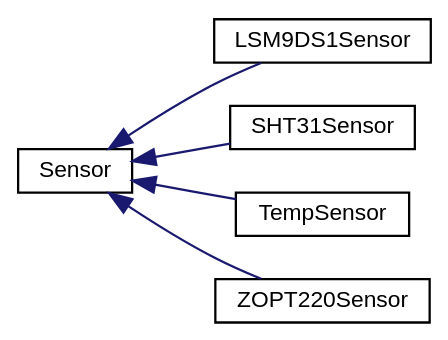
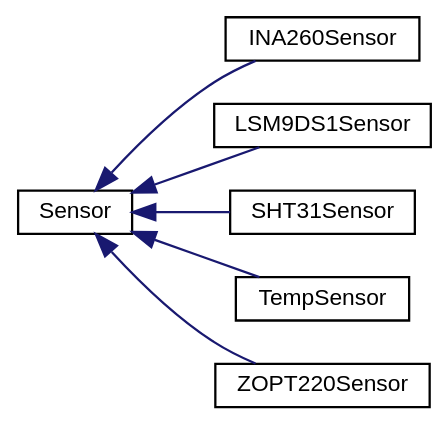
Before and after one commit to ASU-ASCEND/Fall-2024: the diagram in docs/inherit_graph_0.dot, drawn with Graphviz. The commit also changed 72 other files, not shown here.

```diff
--- a/docs/inherit_graph_0.dot
+++ b/docs/inherit_graph_0.dot
@@ -1,18 +1,20 @@
 digraph "Graphical Class Hierarchy"
 {
  // INTERACTIVE_SVG=YES
  // LATEX_PDF_SIZE
   bgcolor="transparent";
   edge [fontname="Helvetica",fontsize="10",labelfontname="Helvetica",labelfontsize="10"];
   node [fontname="Helvetica",fontsize="10",shape=record];
   rankdir="LR";
   Node0 [label="Sensor",height=0.2,width=0.4,color="black",URL="$classSensor.html",tooltip="Parent class for sensor objects."];
   Node0 -> Node1 [dir="back",color="midnightblue",fontsize="10",style="solid",fontname="Helvetica"];
-  Node1 [label="LSM9DS1Sensor",height=0.2,width=0.4,color="black",URL="$classLSM9DS1Sensor.html",tooltip=" "];
+  Node1 [label="INA260Sensor",height=0.2,width=0.4,color="black",URL="$classINA260Sensor.html",tooltip="A class to interface with the Adafruit INA260 sensor for current, voltage, and power measurements."];
   Node0 -> Node2 [dir="back",color="midnightblue",fontsize="10",style="solid",fontname="Helvetica"];
-  Node2 [label="SHT31Sensor",height=0.2,width=0.4,color="black",URL="$classSHT31Sensor.html",tooltip="Interfaces with SHT31 Sensor to collect temperature and humidity data."];
+  Node2 [label="LSM9DS1Sensor",height=0.2,width=0.4,color="black",URL="$classLSM9DS1Sensor.html",tooltip=" "];
   Node0 -> Node3 [dir="back",color="midnightblue",fontsize="10",style="solid",fontname="Helvetica"];
-  Node3 [label="TempSensor",height=0.2,width=0.4,color="black",URL="$classTempSensor.html",tooltip="Implementation of a Sensor for the onboard temperature sensor."];
+  Node3 [label="SHT31Sensor",height=0.2,width=0.4,color="black",URL="$classSHT31Sensor.html",tooltip="Interfaces with SHT31 Sensor to collect temperature and humidity data."];
   Node0 -> Node4 [dir="back",color="midnightblue",fontsize="10",style="solid",fontname="Helvetica"];
-  Node4 [label="ZOPT220Sensor",height=0.2,width=0.4,color="black",URL="$classZOPT220Sensor.html",tooltip="A class to interface with the ZOPT220x UV and ambient light sensor."];
+  Node4 [label="TempSensor",height=0.2,width=0.4,color="black",URL="$classTempSensor.html",tooltip="Implementation of a Sensor for the onboard temperature sensor."];
+  Node0 -> Node5 [dir="back",color="midnightblue",fontsize="10",style="solid",fontname="Helvetica"];
+  Node5 [label="ZOPT220Sensor",height=0.2,width=0.4,color="black",URL="$classZOPT220Sensor.html",tooltip="A class to interface with the ZOPT220x UV and ambient light sensor."];
 }
```
